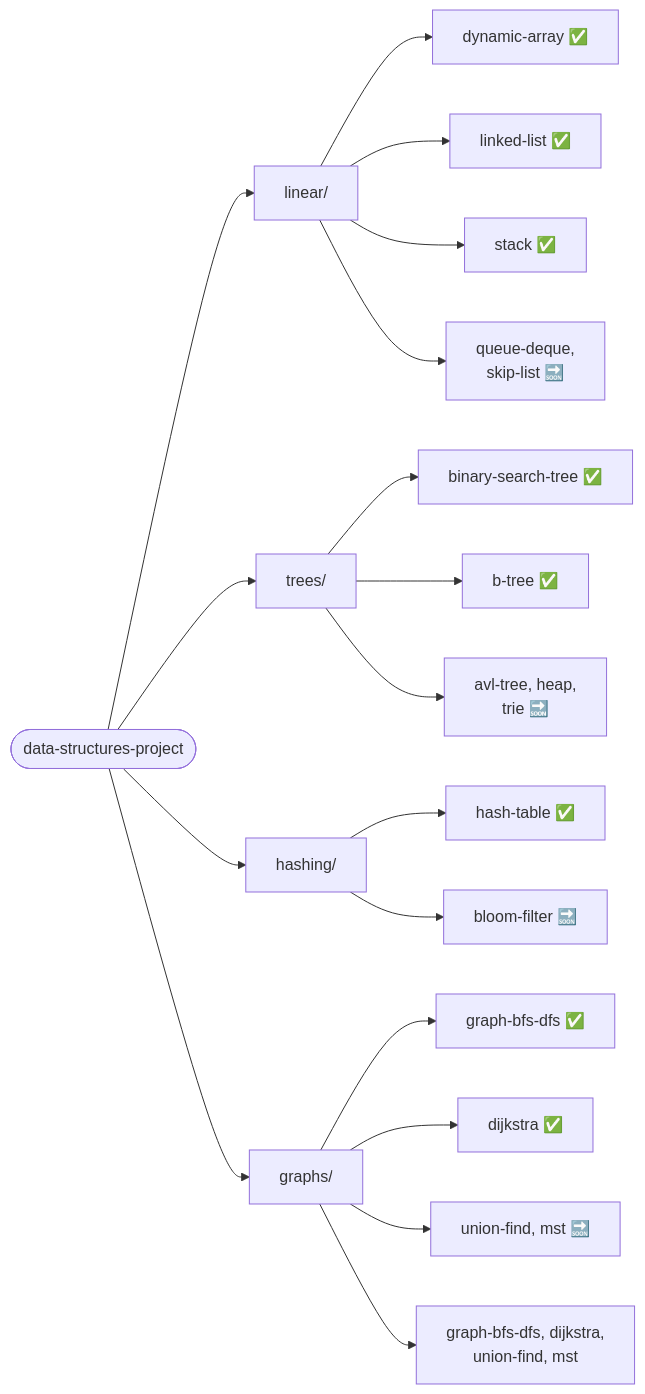
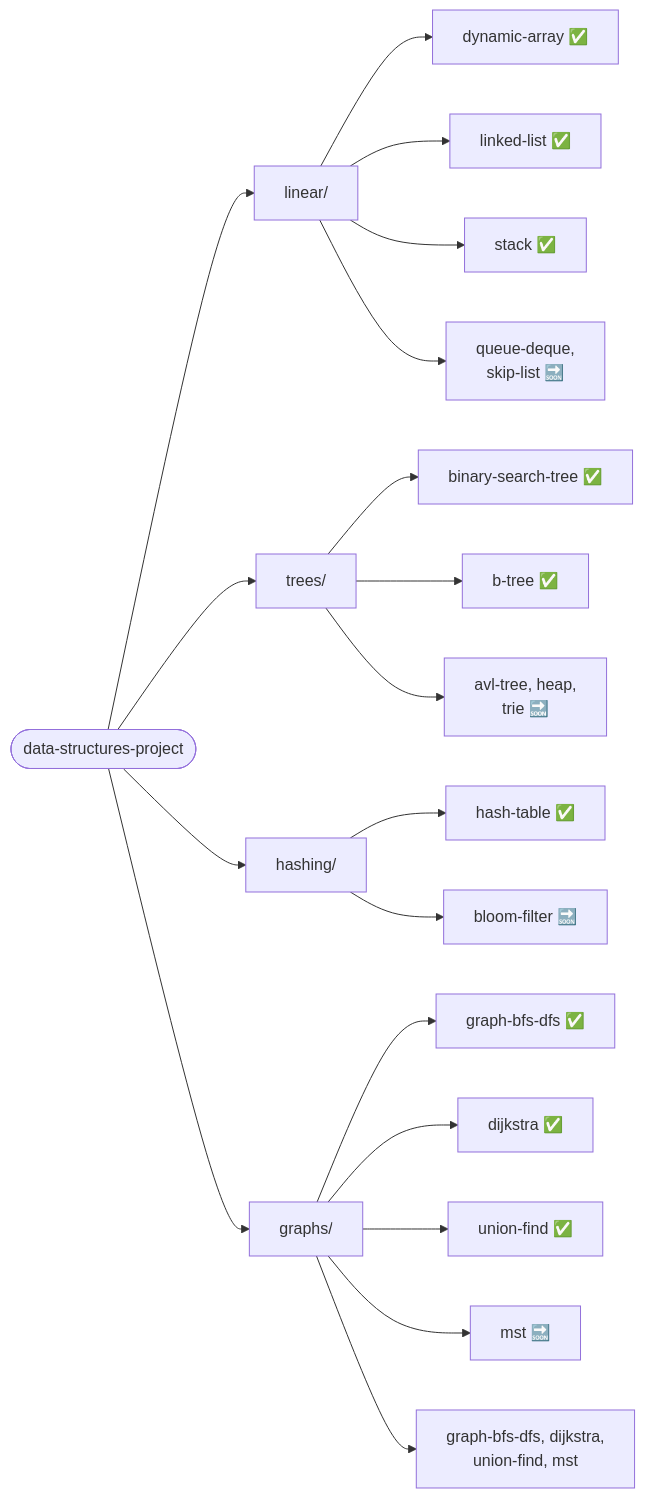
One commit to leon-lourenco/data-structures-project changed the diagram in README.md. Above: the diagram before and after it, drawn with Mermaid. The commit also changed other lines of this file and 9 other files, not shown here.

First line of the commit message:
Add Union-Find module: fraud-ring cluster detection

````diff
--- a/README.md
+++ b/README.md
@@ -62,20 +62,21 @@
 ```mermaid
 flowchart LR
     Root(["data-structures-project"]) --> Linear["linear/"]
     Root --> Trees["trees/"]
     Root --> Hashing["hashing/"]
     Root --> Graphs["graphs/"]
     Linear --> DynamicArray["dynamic-array ✅"]
     Linear --> LinkedList["linked-list ✅"]
     Linear --> StackMod["stack ✅"]
     Linear --> LinearRest["queue-deque,\nskip-list 🔜"]
     Trees --> BST["binary-search-tree ✅"]
     Trees --> BTree["b-tree ✅"]
     Trees --> TreesRest["avl-tree, heap,\ntrie 🔜"]
     Hashing --> HashTable["hash-table ✅"]
     Hashing --> HashingRest["bloom-filter 🔜"]
     Graphs --> GraphBfsDfs["graph-bfs-dfs ✅"]
     Graphs --> Dijkstra["dijkstra ✅"]
-    Graphs --> GraphsRest["union-find, mst 🔜"]
+    Graphs --> UnionFind["union-find ✅"]
+    Graphs --> GraphsRest["mst 🔜"]
     Graphs --> GraphsMods["graph-bfs-dfs, dijkstra,\nunion-find, mst"]
 ```
````
